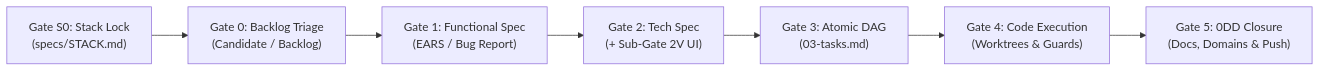
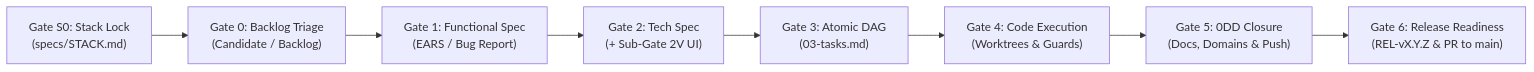
One commit to serchodm/sdd-agentic-starter changed the diagram in README.md. Above: the diagram before and after it, drawn with Mermaid. The commit also changed other lines of this file and 9 other files, not shown here.

````diff
--- a/README.md
+++ b/README.md
@@ -59,9 +61,10 @@
 ```mermaid
 flowchart LR
     GS0["Gate S0: Stack Lock\n(specs/STACK.md)"] --> G0["Gate 0: Backlog Triage\n(Candidate / Backlog)"]
     G0 --> G1["Gate 1: Functional Spec\n(EARS / Bug Report)"]
     G1 --> G2["Gate 2: Tech Spec\n(+ Sub-Gate 2V UI)"]
     G2 --> G3["Gate 3: Atomic DAG\n(03-tasks.md)"]
     G3 --> G4["Gate 4: Code Execution\n(Worktrees & Guards)"]
     G4 --> G5["Gate 5: 0DD Closure\n(Docs, Domains & Push)"]
+    G5 --> G6["Gate 6: Release Readiness\n(REL-vX.Y.Z & PR to main)"]
 ```
````
